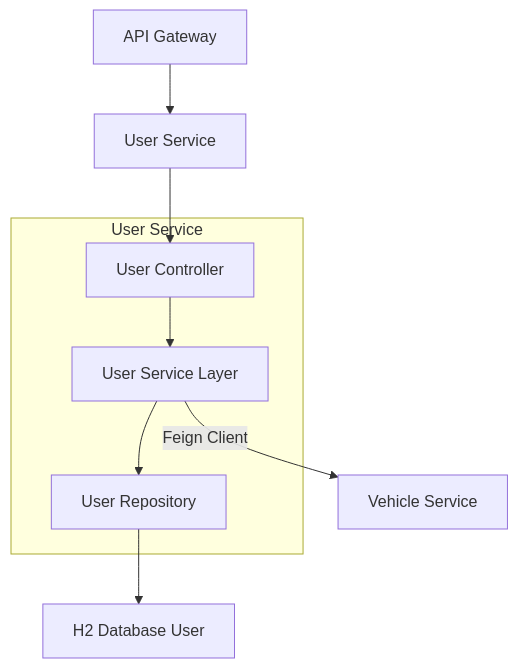
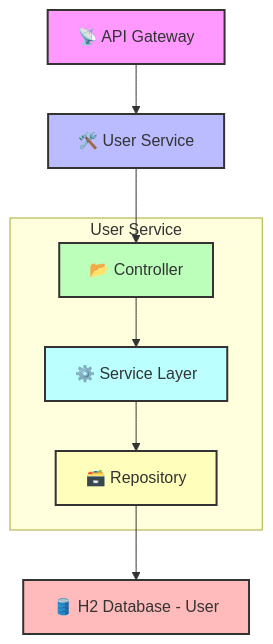
One commit to siddhi-kate/JAVA-FSE-PROJECT changed the first of 4 diagrams in README.md. Above: the diagram before and after it, drawn with Mermaid. The commit also changed other lines of this file, not shown here.

````diff
--- a/README.md
+++ b/README.md
@@ -25,15 +49,21 @@
 ```mermaid
 graph TD
-    A[API Gateway] --> B[User Service]
-    B --> C[User Controller]
-    C --> D[User Service Layer]
-    D --> E[User Repository]
-    E --> F[H2 Database User]
-    D -- Feign Client --> G[Vehicle Service] 
-
+    style A fill:#f9f,stroke:#333,stroke-width:2px
+    style B fill:#bbf,stroke:#333,stroke-width:2px
+    style C fill:#bfb,stroke:#333,stroke-width:2px
+    style D fill:#bff,stroke:#333,stroke-width:2px
+    style E fill:#ffb,stroke:#333,stroke-width:2px
+    style F fill:#fbb,stroke:#333,stroke-width:2px
+ 
+    A[📡 API Gateway] --> B[🛠️ User Service]
+    B --> C[📂 Controller]
+    C --> D[⚙️ Service Layer]
+    D --> E[🗃️ Repository]
+    E --> F[🛢️ H2 Database - User]
+ 
     subgraph User Service
         C
         D
         E
     end
 ```
````
